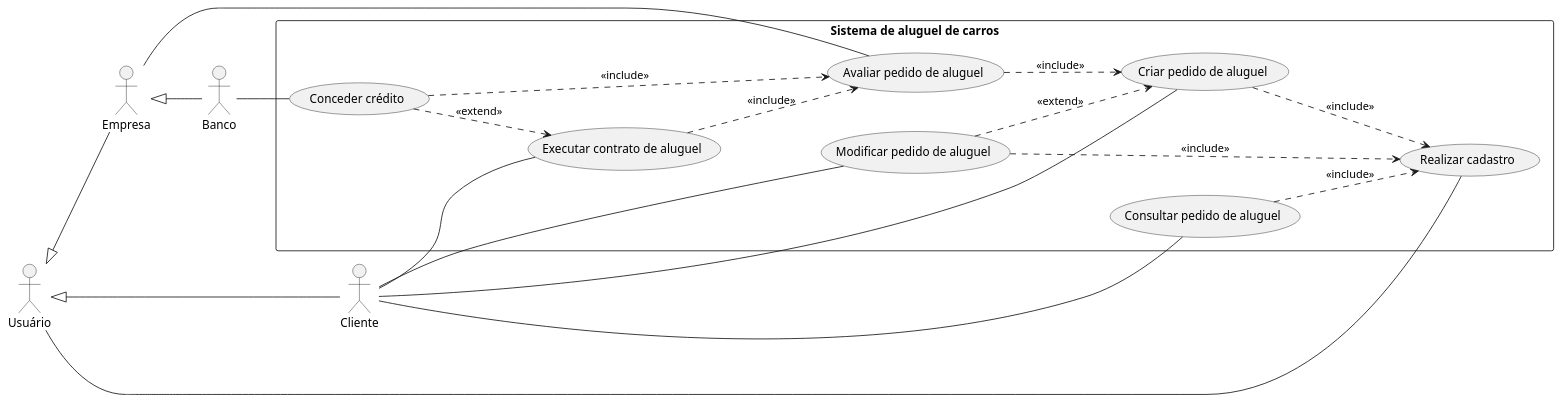
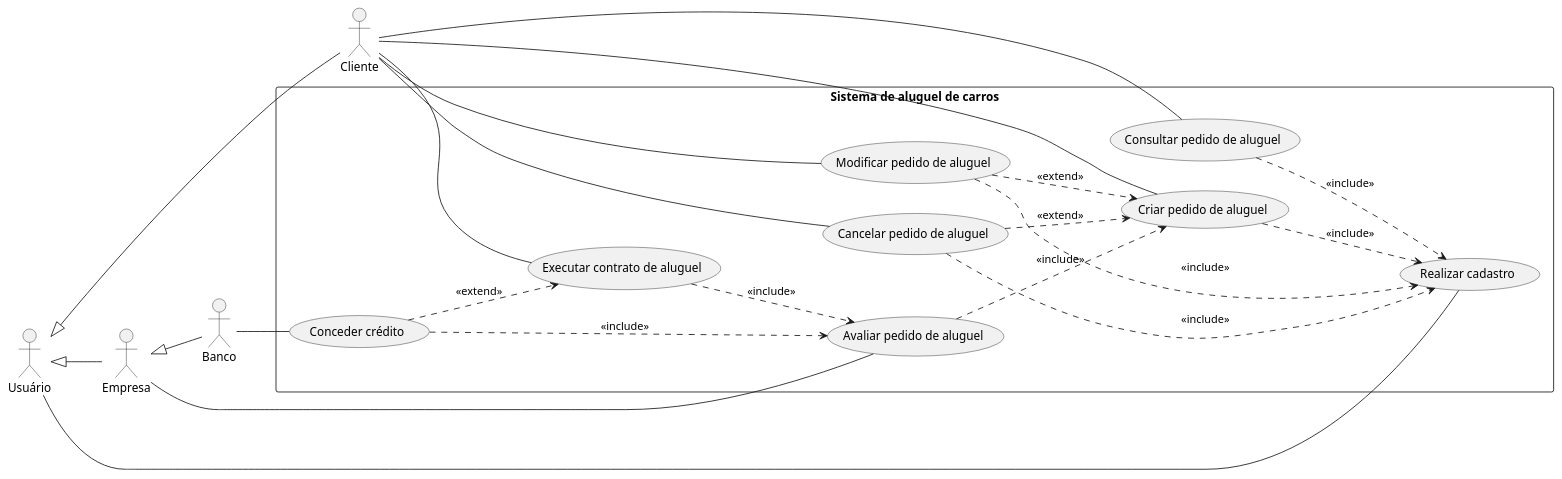
Before and after one commit to software-engineering-graduation/sistema_aluguel_carros-lds2024: the diagram in projeto/diagrama_de_casos_de_uso.puml, drawn with PlantUML.

Commit message:
Add use case for canceling rental orders in the use case diagram

```diff
--- a/projeto/diagrama_de_casos_de_uso.puml
+++ b/projeto/diagrama_de_casos_de_uso.puml
@@ -1,43 +1,47 @@
 @startuml Diagrama de Casos de Uso
 left to right direction
 
 actor "Usuário" as usuario
 actor "Cliente" as cliente
 actor "Empresa" as empresa
 actor "Banco" as banco
 
 rectangle "Sistema de aluguel de carros" {
     usecase "Realizar cadastro" as uc_cadastro
     usecase "Criar pedido de aluguel" as uc_criar_pedido
     usecase "Modificar pedido de aluguel" as uc_modificar_pedido
+    usecase "Cancelar pedido de aluguel" as uc_cancelar_pedido
     usecase "Consultar pedido de aluguel" as uc_consultar_pedido
     usecase "Avaliar pedido de aluguel" as uc_avaliar_pedido
     usecase "Executar contrato de aluguel" as uc_executar_contrato
     usecase "Conceder crédito" as uc_conceder_credito
 }
 
 usuario <|-- cliente
 usuario <|-- empresa
 empresa <|-- banco
 
 usuario -- uc_cadastro
 
 cliente -- uc_criar_pedido
 cliente -- uc_modificar_pedido
 cliente -- uc_consultar_pedido
+cliente -- uc_cancelar_pedido
 cliente -- uc_executar_contrato
 
 empresa -- uc_avaliar_pedido
 
 banco -- uc_conceder_credito
 
 uc_executar_contrato ..> uc_avaliar_pedido : "<<include>>"
 uc_avaliar_pedido ..> uc_criar_pedido : "<<include>>"
 uc_conceder_credito ..> uc_avaliar_pedido : "<<include>>"
 uc_modificar_pedido ..> uc_cadastro : "<<include>>"
+uc_cancelar_pedido ..> uc_cadastro : "<<include>>"
 uc_consultar_pedido ..> uc_cadastro : "<<include>>"
 uc_criar_pedido ..> uc_cadastro : "<<include>>"
 
 uc_modificar_pedido ..> uc_criar_pedido : "<<extend>>"
+uc_cancelar_pedido ..> uc_criar_pedido : "<<extend>>"
 uc_conceder_credito ..> uc_executar_contrato : "<<extend>>"
 @enduml
```
